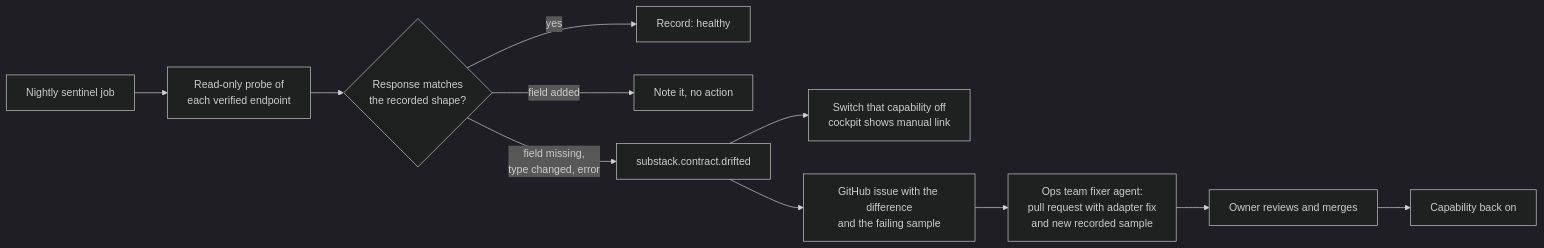
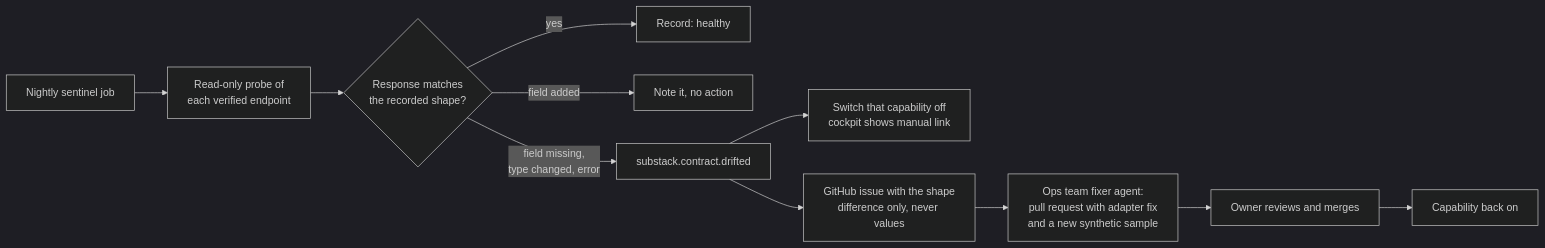
Before and after one commit to elenaokhonko-eng/audhd-research-platform: the second of 3 diagrams in docs/architecture/05-substack-desk.md, drawn with Mermaid (dark theme). The commit also changed other lines of this file and 21 other files, not shown here.

First line of the commit message:
Architecture v4: fixes from two independent reviews

````diff
--- a/docs/architecture/05-substack-desk.md
+++ b/docs/architecture/05-substack-desk.md
@@ -108,13 +108,13 @@
 ```mermaid
 flowchart LR
   N[Nightly sentinel job] --> C[Read-only probe of<br/>each verified endpoint]
   C --> V{Response matches<br/>the recorded shape?}
   V -->|yes| OK[Record: healthy]
   V -->|field added| I[Note it, no action]
   V -->|field missing,<br/>type changed, error| D[substack.contract.drifted]
   D --> OFF[Switch that capability off<br/>cockpit shows manual link]
-  D --> ISS[GitHub issue with the difference<br/>and the failing sample]
-  ISS --> FIX[Ops team fixer agent:<br/>pull request with adapter fix<br/>and new recorded sample]
+  D --> ISS[GitHub issue with the shape<br/>difference only, never values]
+  ISS --> FIX[Ops team fixer agent:<br/>pull request with adapter fix<br/>and a new synthetic sample]
   FIX --> OWN[Owner reviews and merges]
   OWN --> ON[Capability back on]
 ```
````
